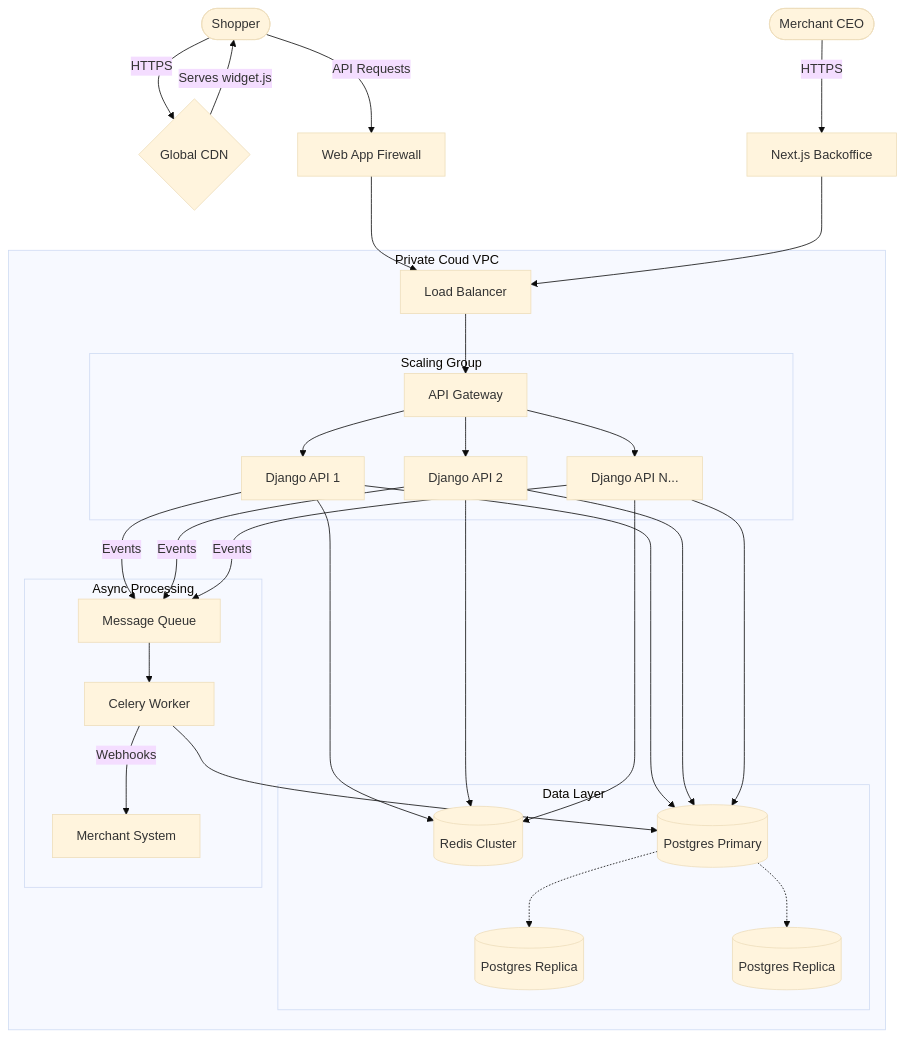
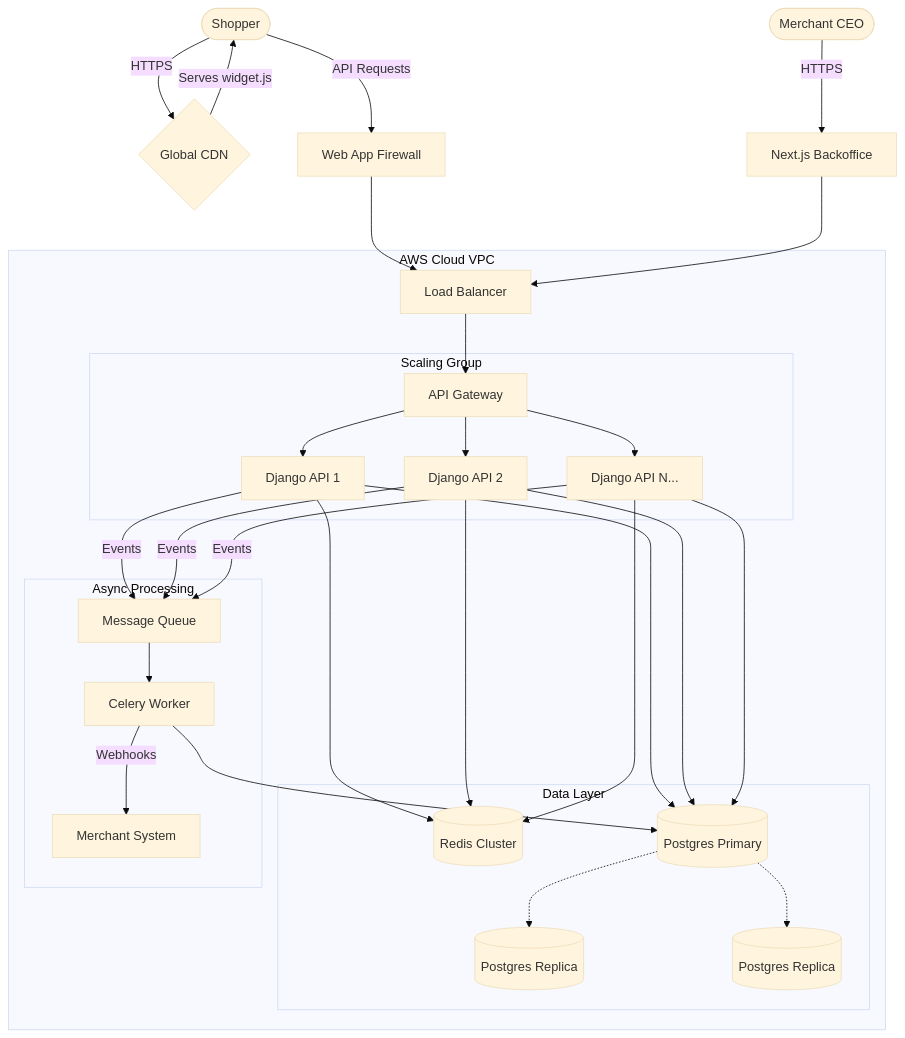
One commit to antoniojlm84/super-fintech-payment changed the diagram in documentation/business_scaling_plan.md. Above: the diagram before and after it, drawn with Mermaid (base theme). The commit also changed other lines of this file and 8 other files, not shown here.

````diff
--- a/documentation/business_scaling_plan.md
+++ b/documentation/business_scaling_plan.md
@@ -27,35 +27,35 @@
 ```mermaid
 graph TD
     User([Shopper]) -- HTTPS --> CDN{Global CDN}
     CDN -- Serves widget.js --> User
     
     User -- API Requests --> WAF[Web App Firewall]
     WAF --> LB[Load Balancer]
     
-    subgraph "Private Coud VPC"
+    subgraph "AWS Cloud VPC"
         LB --> APIG[API Gateway]
         
         subgraph "Scaling Group"
             APIG --> BE1[Django API 1]
             APIG --> BE2[Django API 2]
             APIG --> BEN[Django API N...]
         end
         
         subgraph "Data Layer"
             BE1 & BE2 & BEN --> Redis[(Redis Cluster)]
             BE1 & BE2 & BEN --> DB_M[(Postgres Primary)]
             DB_M -.-> DB_R1[(Postgres Replica)]
             DB_M -.-> DB_R2[(Postgres Replica)]
         end
         
         subgraph "Async Processing"
             BE1 & BE2 & BEN -- "Events" --> MQ[Message Queue]
             MQ --> Worker1[Celery Worker]
             Worker1 --> DB_M
             Worker1 -- "Webhooks" --> Merchant[Merchant System]
         end
     end
     
     MerchantOwner([Merchant CEO]) -- HTTPS --> Dashboard[Next.js Backoffice]
     Dashboard --> LB
 ```
````
